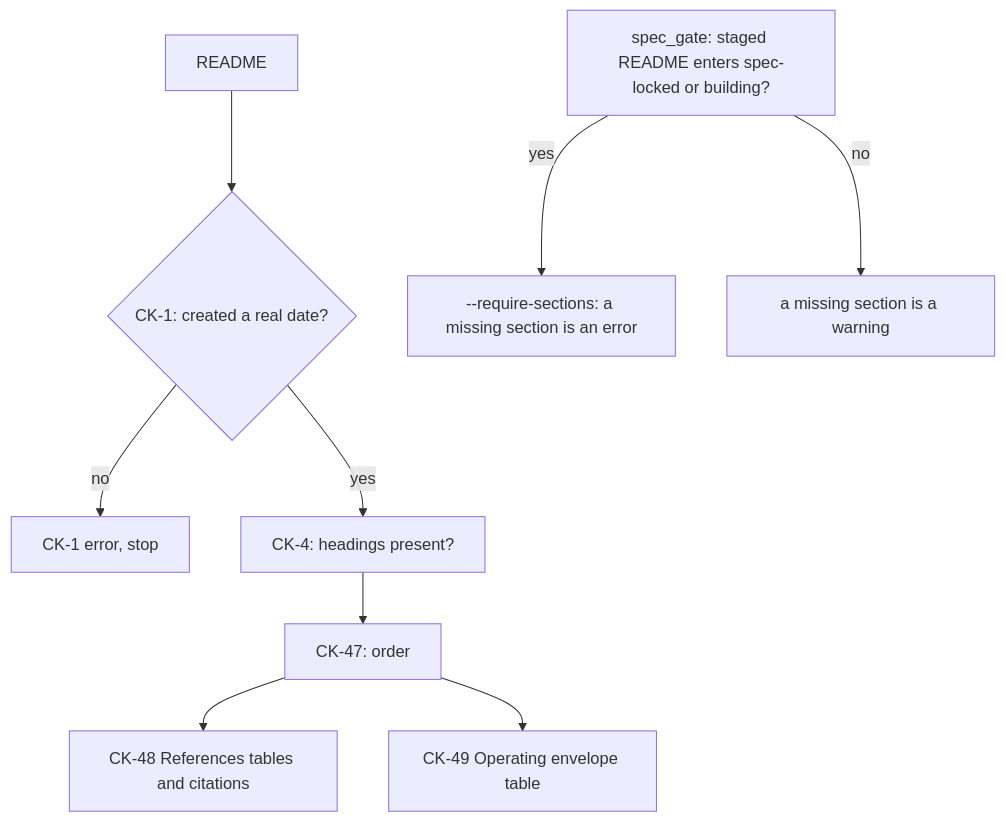
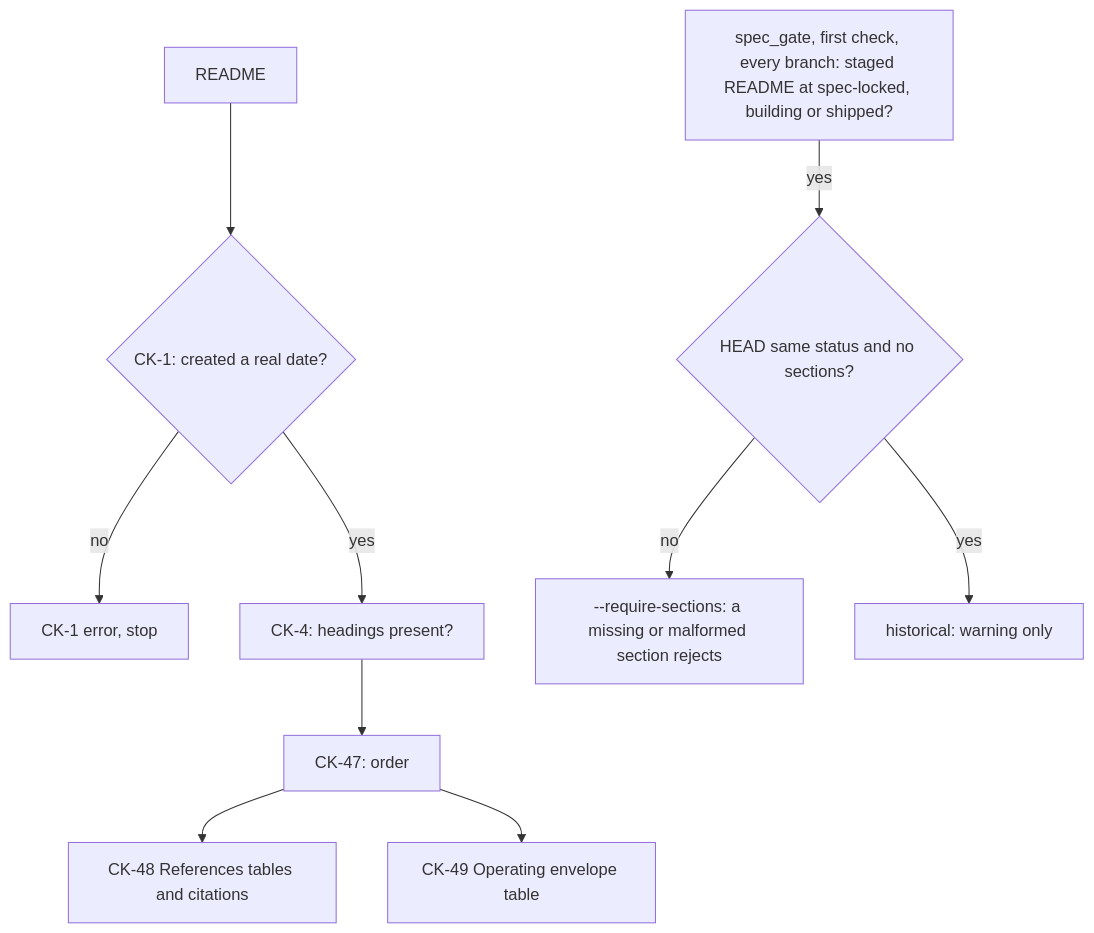
The diagram in docs/work/spec-references-envelope/functional.md (sibulus13/claudence), drawn with Mermaid before and after one commit. The commit also changed other lines of this file and 2 other files, not shown here.

First line of the commit message:
docs(work): spec-references-envelope: staged-state invariant replaces the transition rule

````diff
--- a/docs/work/spec-references-envelope/functional.md
+++ b/docs/work/spec-references-envelope/functional.md
@@ -3,11 +3,12 @@
 ```mermaid
 flowchart TD
   R[README] --> K{CK-1: created a real date?}
   K -- no --> X[CK-1 error, stop]
   K -- yes --> H[CK-4: headings present?]
-  G[spec_gate: staged README enters spec-locked or building?] -- yes --> Q[--require-sections: a missing section is an error]
-  G -- no --> W[a missing section is a warning]
+  G[spec_gate, first check, every branch: staged README at spec-locked, building or shipped?] -- yes --> X2{HEAD same status and no sections?}
+  X2 -- no --> Q[--require-sections: a missing or malformed section rejects]
+  X2 -- yes --> W[historical: warning only]
   H --> O[CK-47: order]
   O --> T[CK-48 References tables and citations]
   O --> E[CK-49 Operating envelope table]
 ```
````
